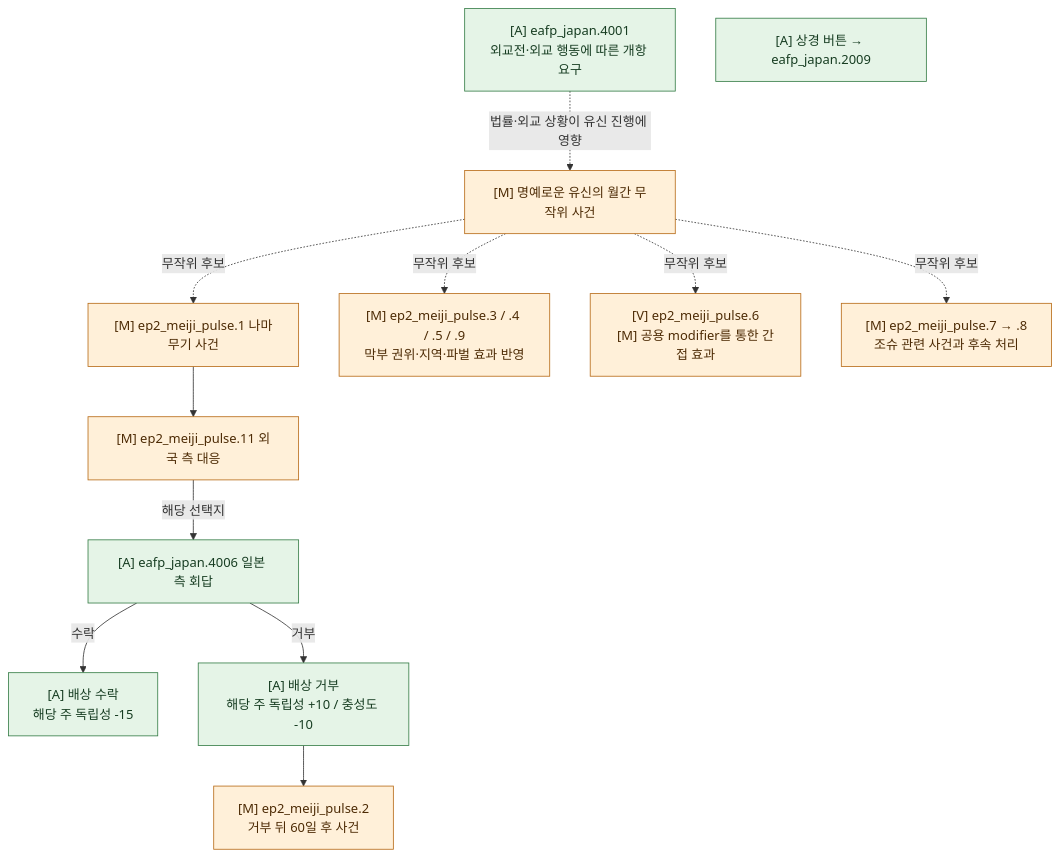
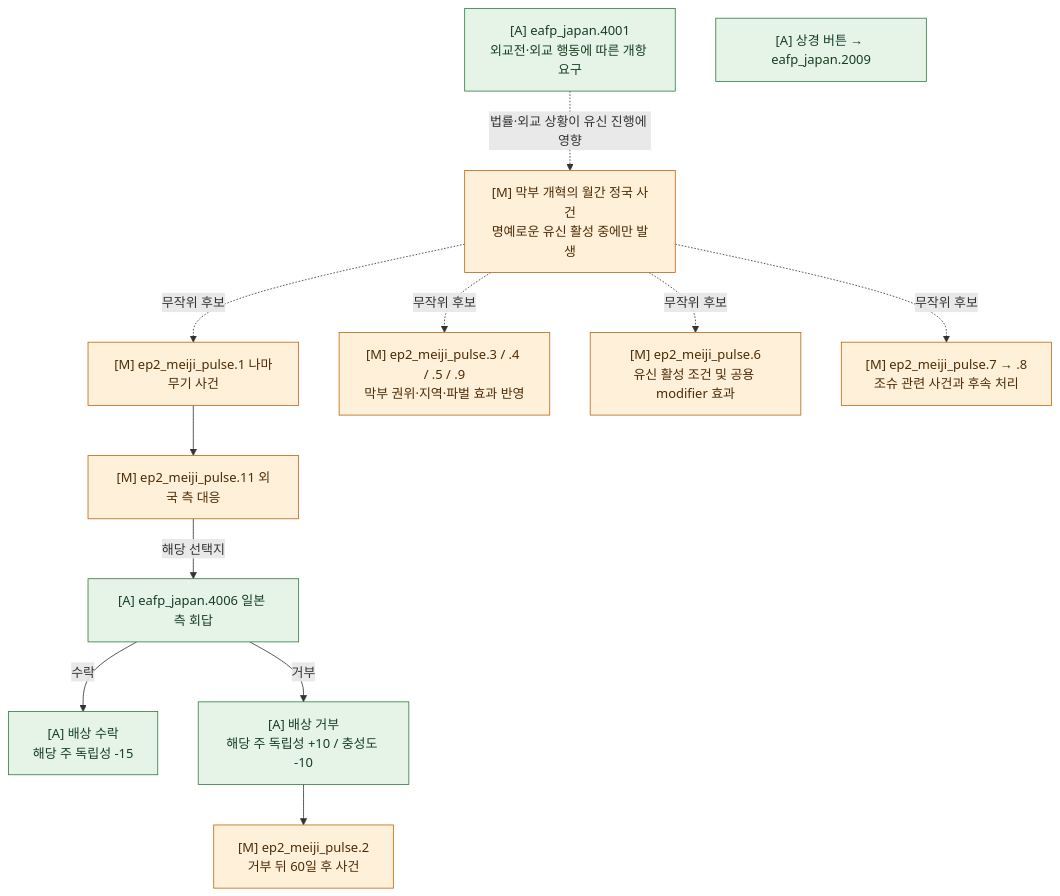
The seventh of 13 diagrams in documentation/japan_content.md (East-Asia-Flavor-Pack/East-Asia-Flavor-Pack), drawn with Mermaid before and after one commit. The commit also changed other lines of this file and 13 other files, not shown here.

````diff
--- a/documentation/japan_content.md
+++ b/documentation/japan_content.md
@@ -719,31 +703,31 @@
 ```mermaid
 flowchart TD
-    J["[M] 명예로운 유신의 월간 무작위 사건"]:::M
+    J["[M] 막부 개혁의 월간 정국 사건<br/>명예로운 유신 활성 중에만 발생"]:::M
     N["[M] ep2_meiji_pulse.1 나마무기 사건"]:::M
     GP["[M] ep2_meiji_pulse.11 외국 측 대응"]:::M
     REPLY["[A] eafp_japan.4006 일본 측 회답"]:::A
     PAY["[A] 배상 수락<br/>해당 주 독립성 -15"]:::A
     REFUSE["[A] 배상 거부<br/>해당 주 독립성 +10 / 충성도 -10"]:::A
     BOMB["[M] ep2_meiji_pulse.2<br/>거부 뒤 60일 후 사건"]:::M
     PULSE["[M] ep2_meiji_pulse.3 / .4 / .5 / .9<br/>막부 권위·지역·파벌 효과 반영"]:::M
-    IKEDA["[V] ep2_meiji_pulse.6<br/>[M] 공용 modifier를 통한 간접 효과"]:::M
+    IKEDA["[M] ep2_meiji_pulse.6<br/>유신 활성 조건 및 공용 modifier 효과"]:::M
     CHO["[M] ep2_meiji_pulse.7 → .8<br/>조슈 관련 사건과 후속 처리"]:::M
     OPEN["[A] eafp_japan.4001<br/>외교전·외교 행동에 따른 개항 요구"]:::A
     VISIT["[A] 상경 버튼 → eafp_japan.2009"]:::A
     J -. "무작위 후보" .-> N
     N --> GP
     GP -->|해당 선택지| REPLY
     REPLY -->|수락| PAY
     REPLY -->|거부| REFUSE
     REFUSE --> BOMB
     J -. "무작위 후보" .-> PULSE
     J -. "무작위 후보" .-> IKEDA
     J -. "무작위 후보" .-> CHO
     OPEN -. "법률·외교 상황이 유신 진행에 영향" .-> J
     classDef V fill:#e7f0fc,stroke:#35689a,color:#172b45;
     classDef M fill:#fff0d9,stroke:#b76a16,color:#4d2b05;
     classDef A fill:#e5f4e7,stroke:#347c45,color:#173d22;
     classDef U fill:#eeeeee,stroke:#777777,color:#333333,stroke-dasharray:5 5;
     classDef N fill:#f4f4f4,stroke:#777777,color:#333333;
 
 ```
````
